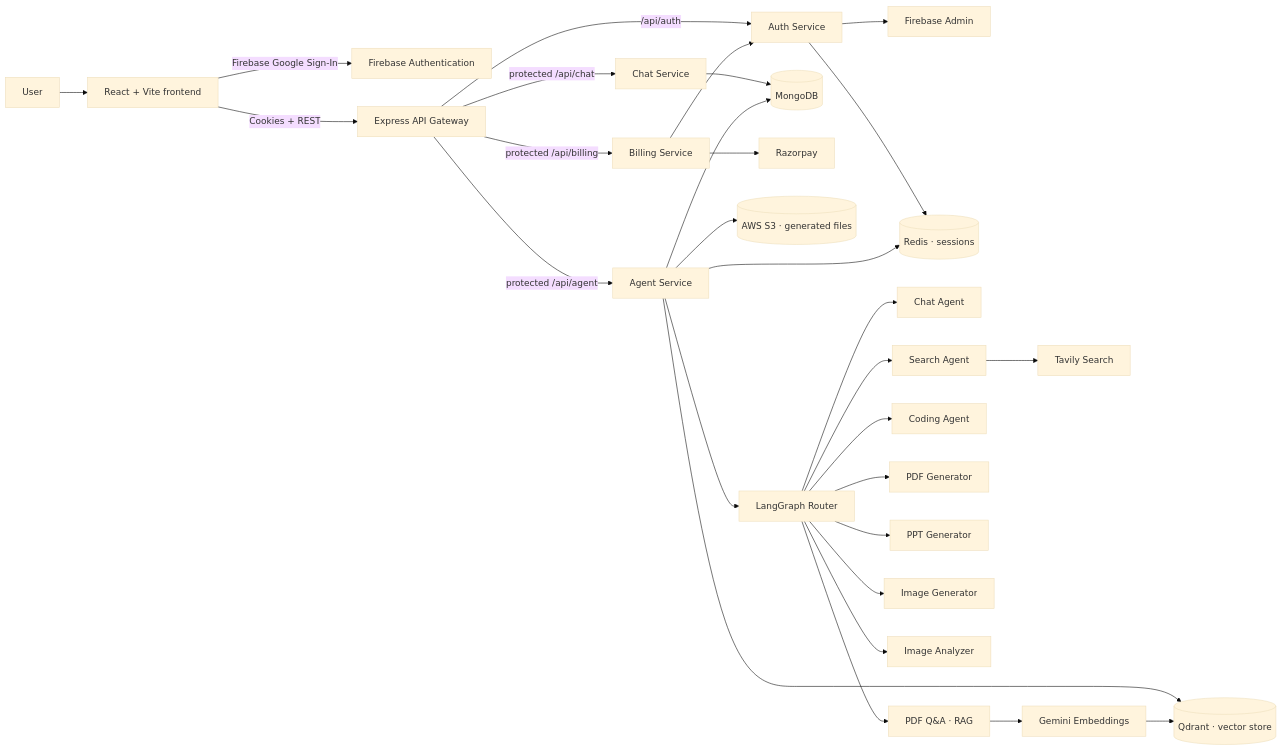
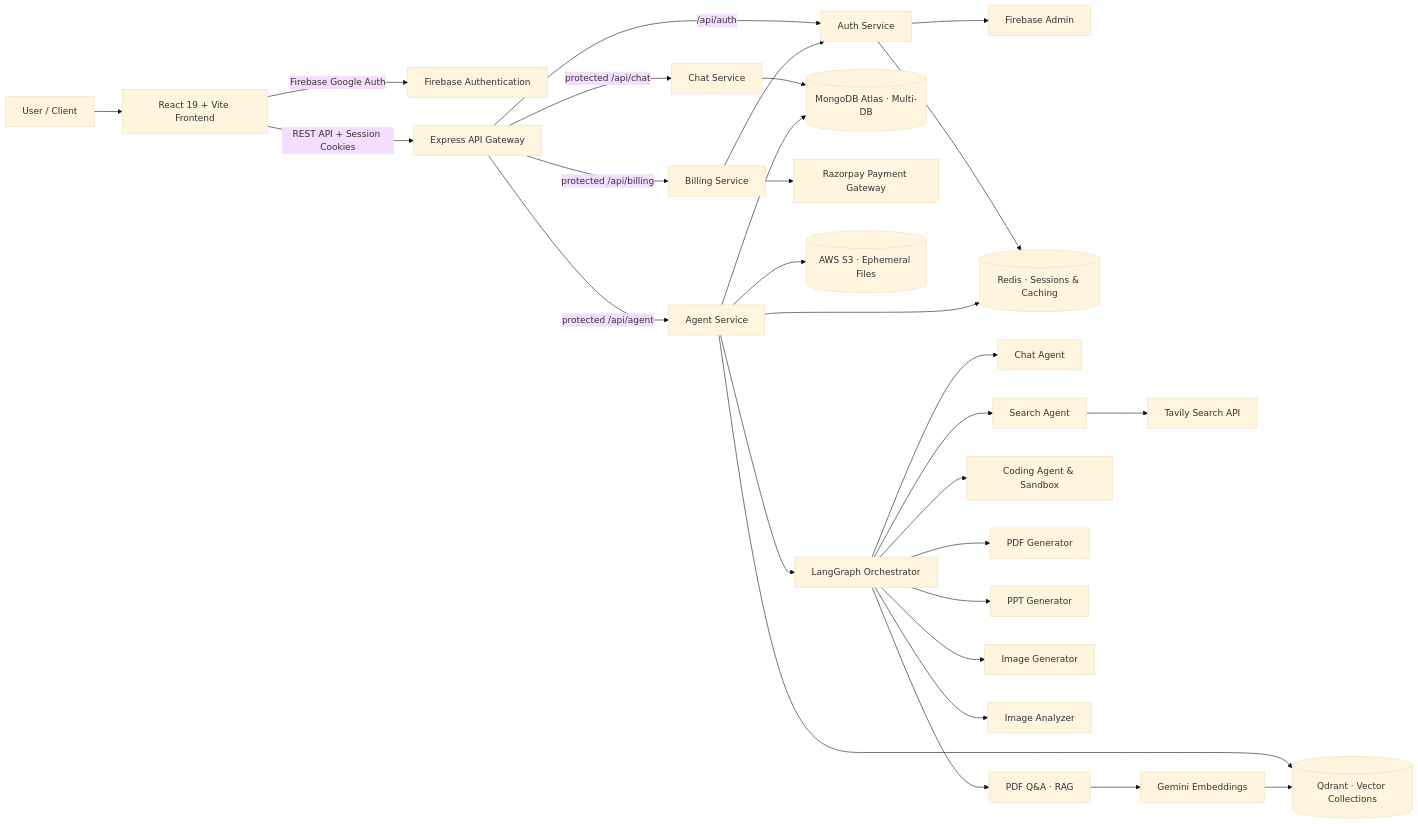
The first of 2 diagrams in README.md (deveshups-ux/Kaido), drawn with Mermaid (base theme) before and after one commit. The commit also changed other lines of this file, not shown here.

Commit message:
docs(readme): update with live production deployment, React 19 stack, and architecture highlights

````diff
--- a/README.md
+++ b/README.md
@@ -112,37 +134,37 @@
 ```mermaid
 flowchart LR
-  U[User] --> FE[React + Vite frontend]
-  FE -->|Firebase Google Sign-In| FA[Firebase Authentication]
-  FE -->|Cookies + REST| GW[Express API Gateway]
+  U[User / Client] --> FE[React 19 + Vite Frontend]
+  FE -->|Firebase Google Auth| FA[Firebase Authentication]
+  FE -->|REST API + Session Cookies| GW[Express API Gateway]
 
   GW -->|/api/auth| AS[Auth Service]
   GW -->|protected /api/chat| CS[Chat Service]
   GW -->|protected /api/agent| AG[Agent Service]
   GW -->|protected /api/billing| BS[Billing Service]
 
   AS --> FM[Firebase Admin]
-  AS --> R[(Redis · sessions)]
-  CS --> M[(MongoDB)]
+  AS --> R[(Redis · Sessions & Caching)]
+  CS --> M[(MongoDB Atlas · Multi-DB)]
 
-  BS --> RZ[Razorpay]
+  BS --> RZ[Razorpay Payment Gateway]
   BS --> AS
 
   AG --> R
   AG --> M
-  AG --> S3[(AWS S3 · generated files)]
-  AG --> QD[(Qdrant · vector store)]
-  AG --> LG[LangGraph Router]
+  AG --> S3[(AWS S3 · Ephemeral Files)]
+  AG --> QD[(Qdrant · Vector Collections)]
+  AG --> LG[LangGraph Orchestrator]
 
   LG --> CH[Chat Agent]
   LG --> SE[Search Agent]
-  LG --> CO[Coding Agent]
+  LG --> CO[Coding Agent & Sandbox]
   LG --> PD[PDF Generator]
   LG --> PP[PPT Generator]
   LG --> VI[Image Generator]
   LG --> IA[Image Analyzer]
   LG --> RAG[PDF Q&A · RAG]
 
-  SE --> TV[Tavily Search]
+  SE --> TV[Tavily Search API]
   RAG --> EMB[Gemini Embeddings]
   EMB --> QD
 ```
````
